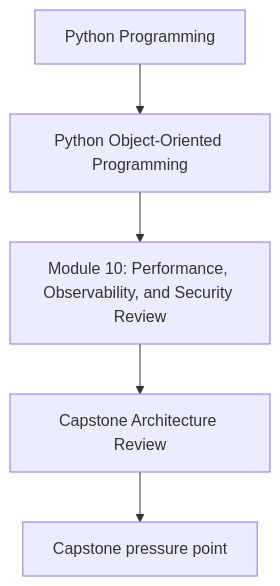
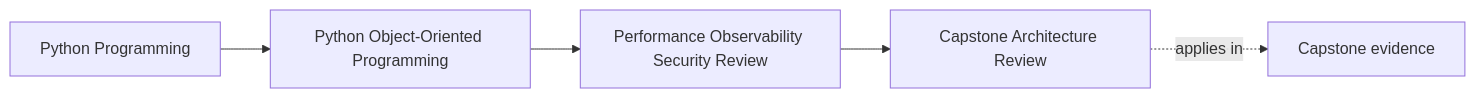
Before and after one commit to bijux/bijux-masterclass: the first of 2 diagrams in programs/python-programming/python-object-oriented-programming/course-book/module-10-performance-observability-security-review/capstone-architecture-review.md, drawn with Mermaid. The commit also changed other lines of this file and 103 other files, not shown here.

Commit message:
docs(python-object-oriented-programming): map sustainment and capstone surfaces

````diff
--- a/programs/python-programming/python-object-oriented-programming/course-book/module-10-performance-observability-security-review/capstone-architecture-review.md
+++ b/programs/python-programming/python-object-oriented-programming/course-book/module-10-performance-observability-security-review/capstone-architecture-review.md
@@ -7,7 +7,11 @@
 ```mermaid
-flowchart TD
-  family["Python Programming"] --> program["Python Object-Oriented Programming"]
-  program --> module["Module 10: Performance, Observability, and Security Review"]
-  module --> concept["Capstone Architecture Review"]
-  concept --> capstone["Capstone pressure point"]
+graph LR
+  family["Python Programming"]
+  program["Python Object-Oriented Programming"]
+  section["Performance Observability Security Review"]
+  page["Capstone Architecture Review"]
+  capstone["Capstone evidence"]
+
+  family --> program --> section --> page
+  page -.applies in.-> capstone
 ```
````
